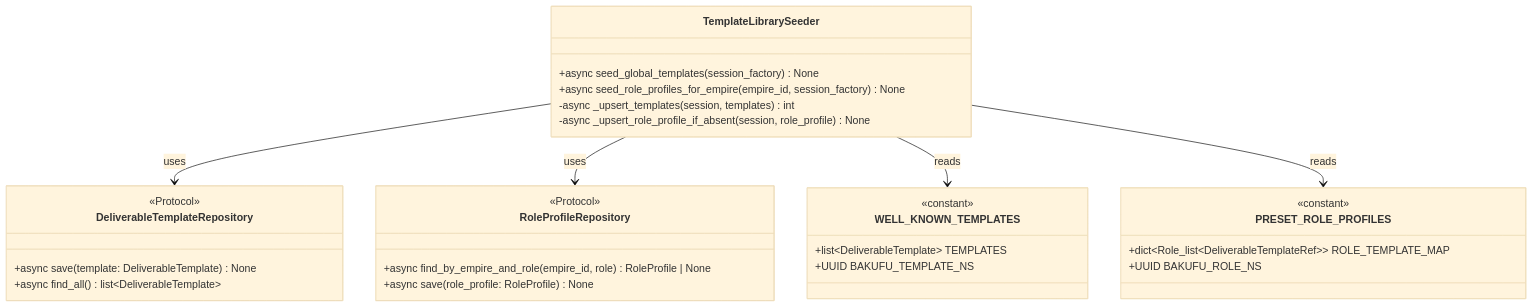
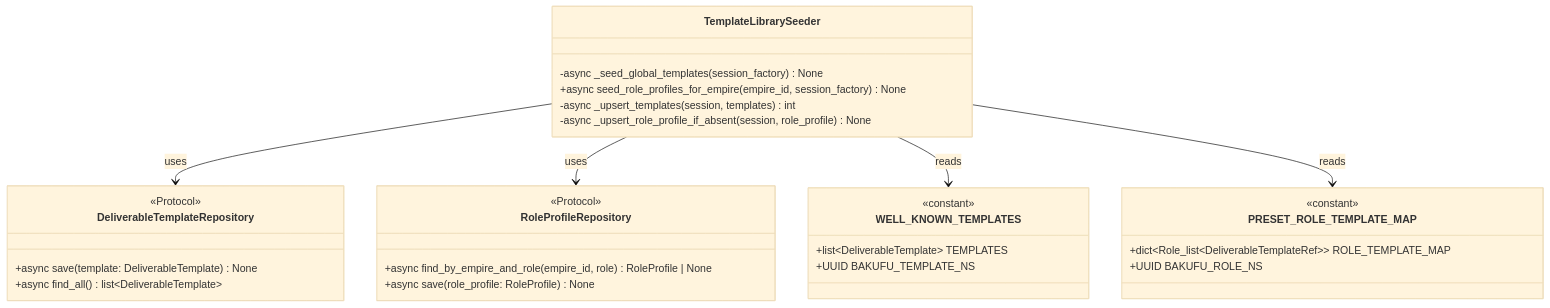
One commit to bakufu-dev/bakufu changed the first of 3 diagrams in docs/features/deliverable-template/template-library/basic-design.md. Above: the diagram before and after it, drawn with Mermaid (base theme). The commit also changed other lines of this file and 1 other file, not shown here.

First line of the commit message:
fix(template-library): 設計書レビュー指摘（TL-1/TL-2/TL-4/TL-5・タブリーズ指摘1-3・Rams指摘）を修正

````diff
--- a/docs/features/deliverable-template/template-library/basic-design.md
+++ b/docs/features/deliverable-template/template-library/basic-design.md
@@ -87,38 +87,38 @@
 ```mermaid
 classDiagram
     class TemplateLibrarySeeder {
-        +async seed_global_templates(session_factory) None
+        -async _seed_global_templates(session_factory) None
         +async seed_role_profiles_for_empire(empire_id, session_factory) None
         -async _upsert_templates(session, templates) int
         -async _upsert_role_profile_if_absent(session, role_profile) None
     }
 
     class DeliverableTemplateRepository {
         <<Protocol>>
         +async save(template: DeliverableTemplate) None
         +async find_all() list~DeliverableTemplate~
     }
 
     class RoleProfileRepository {
         <<Protocol>>
         +async find_by_empire_and_role(empire_id, role) RoleProfile | None
         +async save(role_profile: RoleProfile) None
     }
 
     class WELL_KNOWN_TEMPLATES {
         <<constant>>
         +list~DeliverableTemplate~ TEMPLATES
         +UUID BAKUFU_TEMPLATE_NS
     }
 
-    class PRESET_ROLE_PROFILES {
+    class PRESET_ROLE_TEMPLATE_MAP {
         <<constant>>
         +dict~Role_list~DeliverableTemplateRef~~ ROLE_TEMPLATE_MAP
         +UUID BAKUFU_ROLE_NS
     }
 
     TemplateLibrarySeeder --> DeliverableTemplateRepository : uses
     TemplateLibrarySeeder --> RoleProfileRepository : uses
     TemplateLibrarySeeder --> WELL_KNOWN_TEMPLATES : reads
-    TemplateLibrarySeeder --> PRESET_ROLE_PROFILES : reads
+    TemplateLibrarySeeder --> PRESET_ROLE_TEMPLATE_MAP : reads
 ```
````
